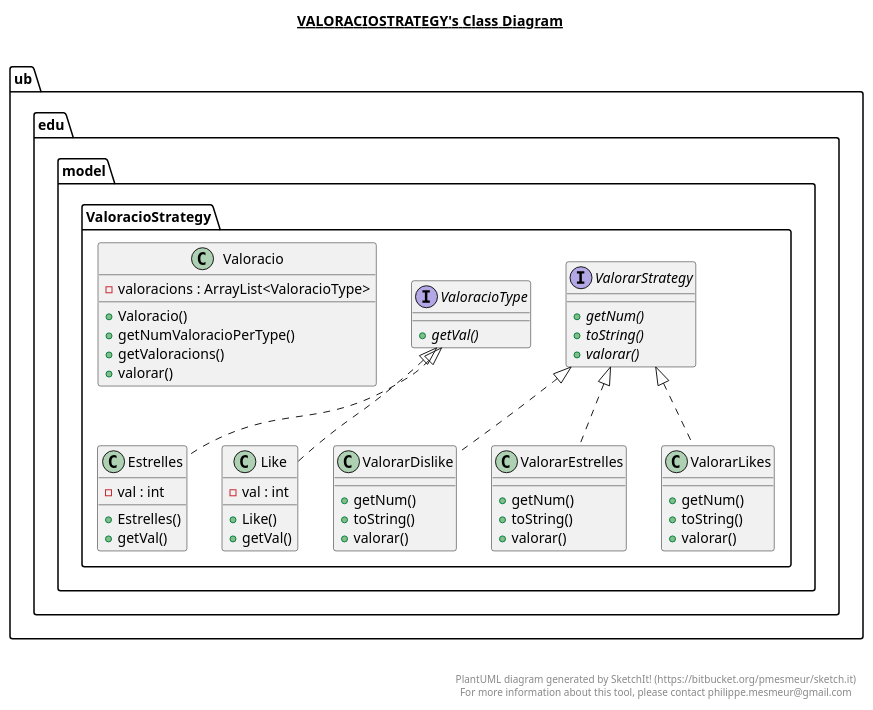
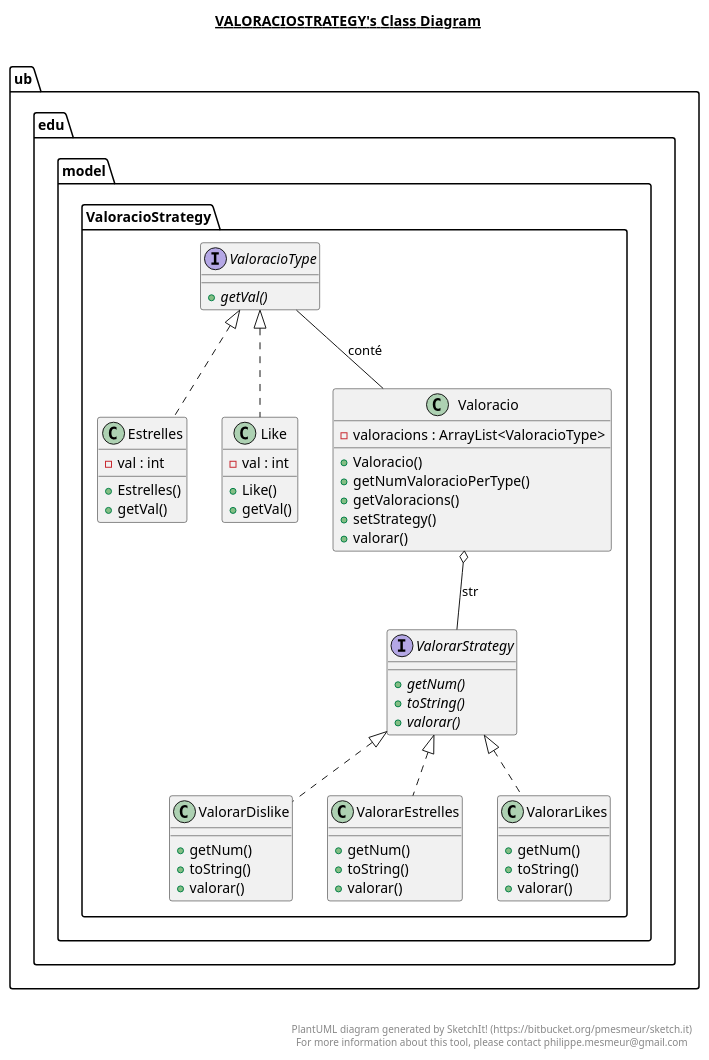
Before and after one commit to Samot2003/p3-tripu-dao-a12_reava: the diagram in src/ub/edu/model/ValoracioStrategy/ValoracioStrategy.plantuml, drawn with PlantUML. The commit also changed 3 other files, not shown here.

```diff
--- a/src/ub/edu/model/ValoracioStrategy/ValoracioStrategy.plantuml
+++ b/src/ub/edu/model/ValoracioStrategy/ValoracioStrategy.plantuml
@@ -1,107 +1,110 @@
 @startuml
 
 title __VALORACIOSTRATEGY's Class Diagram__\n
 
   namespace ub.edu.model {
     namespace ValoracioStrategy {
       class ub.edu.model.ValoracioStrategy.Estrelles {
           - val : int
           + Estrelles()
           + getVal()
       }
     }
   }
   
 
   namespace ub.edu.model {
     namespace ValoracioStrategy {
       class ub.edu.model.ValoracioStrategy.Like {
           - val : int
           + Like()
           + getVal()
       }
     }
   }
   
 
   namespace ub.edu.model {
     namespace ValoracioStrategy {
       class ub.edu.model.ValoracioStrategy.Valoracio {
           - valoracions : ArrayList<ValoracioType>
           + Valoracio()
           + getNumValoracioPerType()
           + getValoracions()
+          + setStrategy()
           + valorar()
       }
     }
   }
   
 
   namespace ub.edu.model {
     namespace ValoracioStrategy {
       interface ub.edu.model.ValoracioStrategy.ValoracioType {
           {abstract} + getVal()
       }
     }
   }
   
 
   namespace ub.edu.model {
     namespace ValoracioStrategy {
       class ub.edu.model.ValoracioStrategy.ValorarDislike {
           + getNum()
           + toString()
           + valorar()
       }
     }
   }
   
 
   namespace ub.edu.model {
     namespace ValoracioStrategy {
       class ub.edu.model.ValoracioStrategy.ValorarEstrelles {
           + getNum()
           + toString()
           + valorar()
       }
     }
   }
   
 
   namespace ub.edu.model {
     namespace ValoracioStrategy {
       class ub.edu.model.ValoracioStrategy.ValorarLikes {
           + getNum()
           + toString()
           + valorar()
       }
     }
   }
   
 
   namespace ub.edu.model {
     namespace ValoracioStrategy {
       interface ub.edu.model.ValoracioStrategy.ValorarStrategy {
           {abstract} + getNum()
           {abstract} + toString()
           {abstract} + valorar()
       }
     }
   }
   
 
   ub.edu.model.ValoracioStrategy.Estrelles .up.|> ub.edu.model.ValoracioStrategy.ValoracioType
   ub.edu.model.ValoracioStrategy.Like .up.|> ub.edu.model.ValoracioStrategy.ValoracioType
+  ub.edu.model.ValoracioStrategy.Valoracio o-- ub.edu.model.ValoracioStrategy.ValorarStrategy : str
   ub.edu.model.ValoracioStrategy.ValorarDislike .up.|> ub.edu.model.ValoracioStrategy.ValorarStrategy
   ub.edu.model.ValoracioStrategy.ValorarEstrelles .up.|> ub.edu.model.ValoracioStrategy.ValorarStrategy
   ub.edu.model.ValoracioStrategy.ValorarLikes .up.|> ub.edu.model.ValoracioStrategy.ValorarStrategy
+  ub.edu.model.ValoracioStrategy.ValoracioType -- ub.edu.model.ValoracioStrategy.Valoracio : conté
 
 
 right footer
 
 
 PlantUML diagram generated by SketchIt! (https://bitbucket.org/pmesmeur/sketch.it)
 For more information about this tool, please contact philippe.mesmeur@gmail.com
 endfooter
 
 @enduml
```
